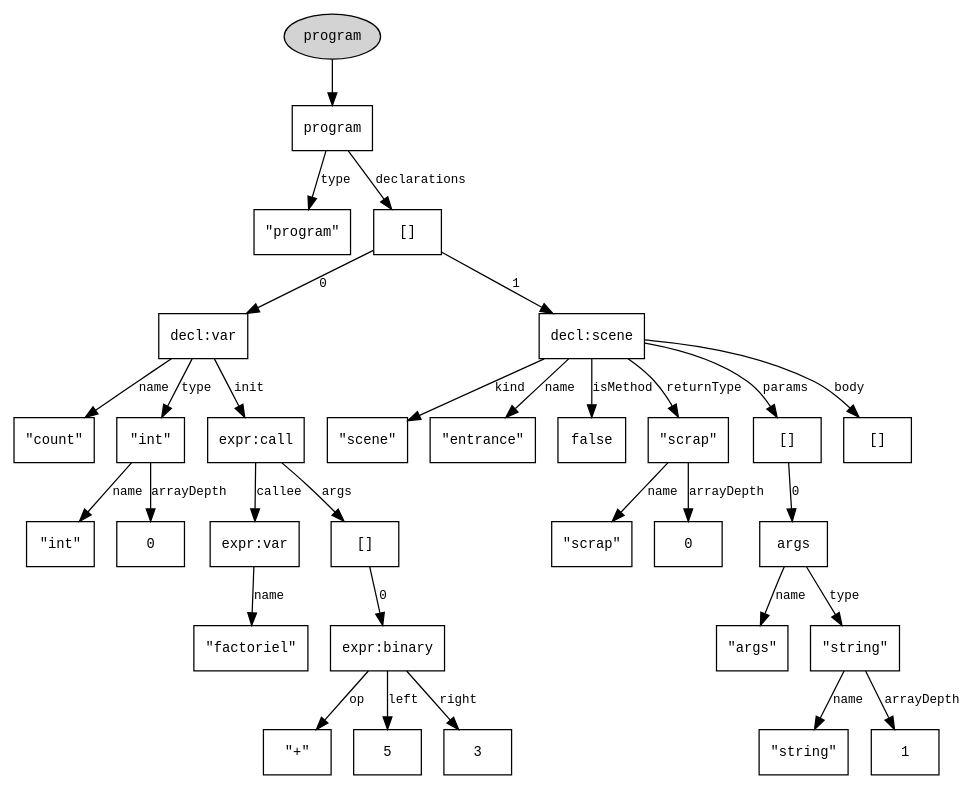
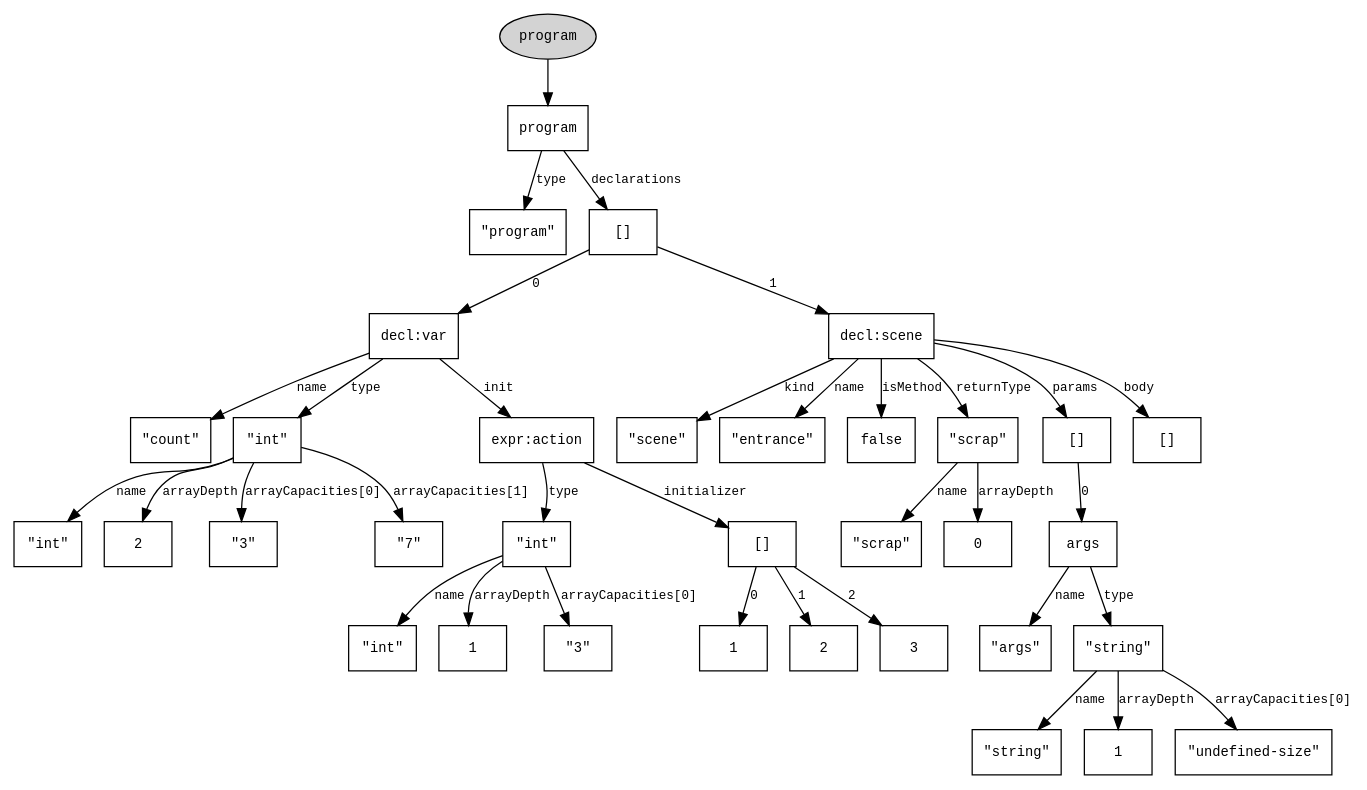
The diagram in ast.dot (LazarBojanic/absolutecinema), drawn with Graphviz before and after one commit. The commit also changed 8 other files, not shown here.

```diff
--- a/ast.dot
+++ b/ast.dot
@@ -1,66 +1,74 @@
 digraph AST {
   node [shape=box, fontname=Courier, fontsize=11];
   edge [fontname=Courier, fontsize=10];
   rankdir=TB;
   n0 [label="program"];
   n1 [label="\"program\""];
   n0 -> n1 [label="type"];
   n2 [label="[]"];
   n3 [label="decl:var"];
   n4 [label="\"count\""];
   n3 -> n4 [label="name"];
   n5 [label="\"int\""];
   n6 [label="\"int\""];
   n5 -> n6 [label="name"];
-  n7 [label="0"];
+  n7 [label="2"];
   n5 -> n7 [label="arrayDepth"];
+  n8 [label="\"3\""];
+  n5 -> n8 [label="arrayCapacities[0]"];
+  n9 [label="\"7\""];
+  n5 -> n9 [label="arrayCapacities[1]"];
   n3 -> n5 [label="type"];
-  n8 [label="expr:call"];
-  n9 [label="expr:var"];
-  n10 [label="\"factoriel\""];
-  n9 -> n10 [label="name"];
-  n8 -> n9 [label="callee"];
-  n11 [label="[]"];
-  n12 [label="expr:binary"];
-  n13 [label="\"+\""];
-  n12 -> n13 [label="op"];
-  n14 [label="5"];
-  n12 -> n14 [label="left"];
-  n15 [label="3"];
-  n12 -> n15 [label="right"];
-  n11 -> n12 [label="0"];
-  n8 -> n11 [label="args"];
-  n3 -> n8 [label="init"];
+  n10 [label="expr:action"];
+  n11 [label="\"int\""];
+  n12 [label="\"int\""];
+  n11 -> n12 [label="name"];
+  n13 [label="1"];
+  n11 -> n13 [label="arrayDepth"];
+  n14 [label="\"3\""];
+  n11 -> n14 [label="arrayCapacities[0]"];
+  n10 -> n11 [label="type"];
+  n15 [label="[]"];
+  n16 [label="1"];
+  n15 -> n16 [label="0"];
+  n17 [label="2"];
+  n15 -> n17 [label="1"];
+  n18 [label="3"];
+  n15 -> n18 [label="2"];
+  n10 -> n15 [label="initializer"];
+  n3 -> n10 [label="init"];
   n2 -> n3 [label="0"];
-  n16 [label="decl:scene"];
-  n17 [label="\"scene\""];
-  n16 -> n17 [label="kind"];
-  n18 [label="\"entrance\""];
-  n16 -> n18 [label="name"];
-  n19 [label="false"];
-  n16 -> n19 [label="isMethod"];
-  n20 [label="\"scrap\""];
-  n21 [label="\"scrap\""];
-  n20 -> n21 [label="name"];
-  n22 [label="0"];
-  n20 -> n22 [label="arrayDepth"];
-  n16 -> n20 [label="returnType"];
-  n23 [label="[]"];
-  n24 [label="args"];
-  n25 [label="\"args\""];
-  n24 -> n25 [label="name"];
-  n26 [label="\"string\""];
-  n27 [label="\"string\""];
-  n26 -> n27 [label="name"];
-  n28 [label="1"];
-  n26 -> n28 [label="arrayDepth"];
-  n24 -> n26 [label="type"];
-  n23 -> n24 [label="0"];
-  n16 -> n23 [label="params"];
-  n29 [label="[]"];
-  n16 -> n29 [label="body"];
-  n2 -> n16 [label="1"];
+  n19 [label="decl:scene"];
+  n20 [label="\"scene\""];
+  n19 -> n20 [label="kind"];
+  n21 [label="\"entrance\""];
+  n19 -> n21 [label="name"];
+  n22 [label="false"];
+  n19 -> n22 [label="isMethod"];
+  n23 [label="\"scrap\""];
+  n24 [label="\"scrap\""];
+  n23 -> n24 [label="name"];
+  n25 [label="0"];
+  n23 -> n25 [label="arrayDepth"];
+  n19 -> n23 [label="returnType"];
+  n26 [label="[]"];
+  n27 [label="args"];
+  n28 [label="\"args\""];
+  n27 -> n28 [label="name"];
+  n29 [label="\"string\""];
+  n30 [label="\"string\""];
+  n29 -> n30 [label="name"];
+  n31 [label="1"];
+  n29 -> n31 [label="arrayDepth"];
+  n32 [label="\"undefined-size\""];
+  n29 -> n32 [label="arrayCapacities[0]"];
+  n27 -> n29 [label="type"];
+  n26 -> n27 [label="0"];
+  n19 -> n26 [label="params"];
+  n33 [label="[]"];
+  n19 -> n33 [label="body"];
+  n2 -> n19 [label="1"];
   n0 -> n2 [label="declarations"];
   root [label="program", shape=oval, style=filled, fillcolor=lightgray];
   root -> n0;
 }
```
